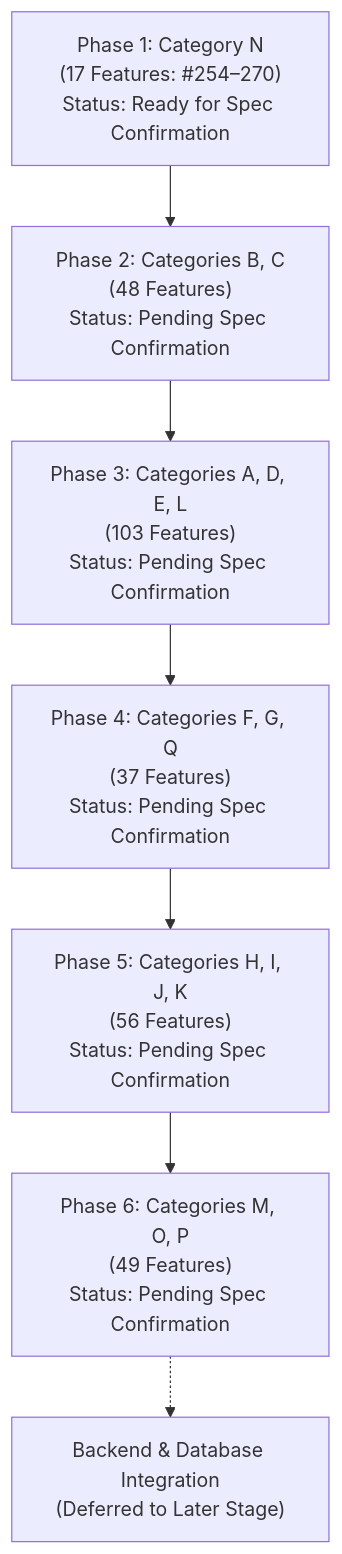
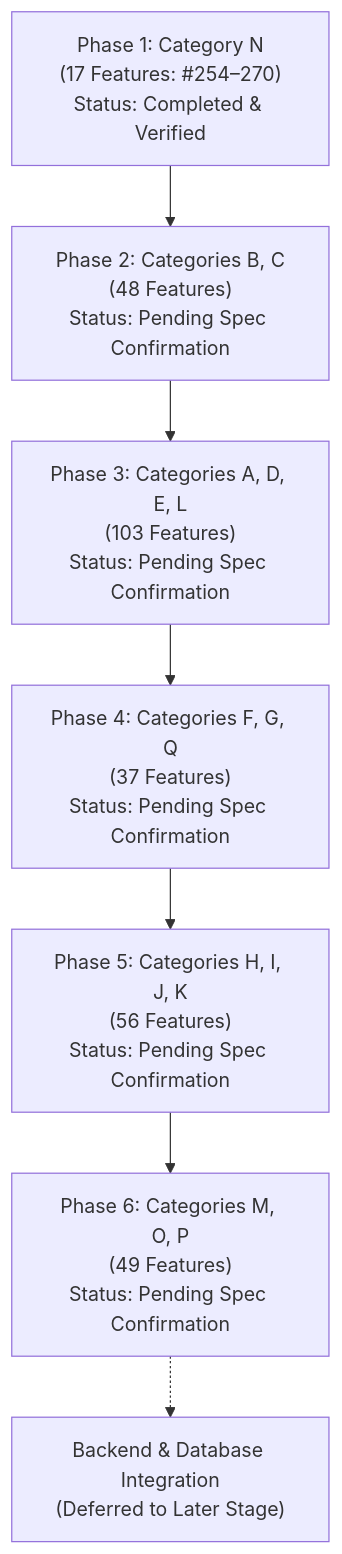
The diagram in docs/02-DEVELOPMENT-ROADMAP.md (immaziz24/local-cricket-management), drawn with Mermaid before and after one commit. The commit also changed other lines of this file and 47 other files, not shown here.

First line of the commit message:
feat(phase-1): complete Category N implementation and database schema proposal

````diff
--- a/docs/02-DEVELOPMENT-ROADMAP.md
+++ b/docs/02-DEVELOPMENT-ROADMAP.md
@@ -18,17 +18,17 @@
 ```mermaid
 flowchart TD
-    P1["Phase 1: Category N\n(17 Features: #254–270)\nStatus: Ready for Spec Confirmation"]
+    P1["Phase 1: Category N\n(17 Features: #254–270)\nStatus: Completed & Verified"]
     P2["Phase 2: Categories B, C\n(48 Features)\nStatus: Pending Spec Confirmation"]
     P3["Phase 3: Categories A, D, E, L\n(103 Features)\nStatus: Pending Spec Confirmation"]
     P4["Phase 4: Categories F, G, Q\n(37 Features)\nStatus: Pending Spec Confirmation"]
     P5["Phase 5: Categories H, I, J, K\n(56 Features)\nStatus: Pending Spec Confirmation"]
     P6["Phase 6: Categories M, O, P\n(49 Features)\nStatus: Pending Spec Confirmation"]
     BE["Backend & Database Integration\n(Deferred to Later Stage)"]
 
     P1 --> P2
     P2 --> P3
     P3 --> P4
     P4 --> P5
     P5 --> P6
     P6 -.-> BE
 ```
````
